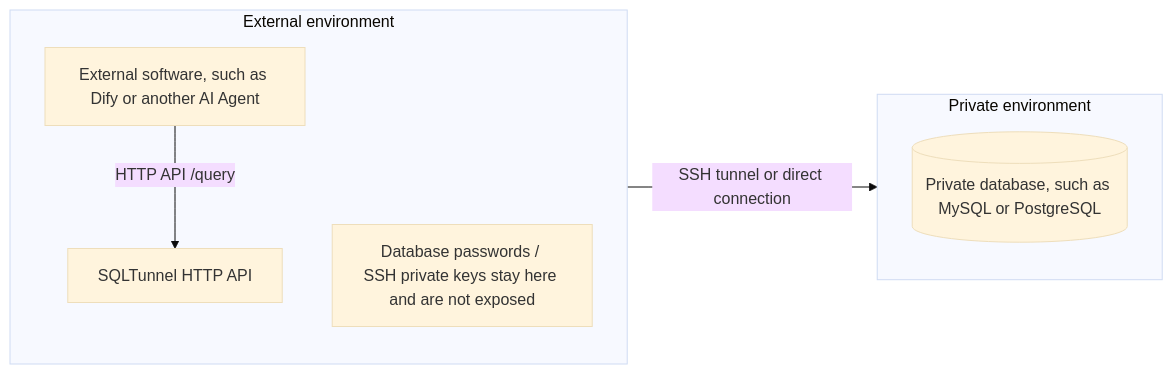
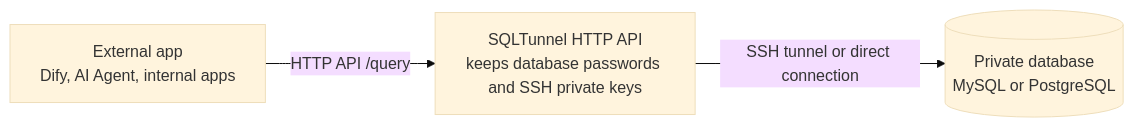
The diagram in README.md (NemoAlex/SQLTunnel), drawn with Mermaid (base theme) before and after one commit. The commit also changed 1 other file, not shown here.

Commit message:
Simplify README architecture diagram

````diff
--- a/README.md
+++ b/README.md
@@ -26,17 +26,9 @@
 ```mermaid
 flowchart LR
-  subgraph AppSide["External environment"]
-    direction TB
-    ExternalApp["External software, such as Dify or another AI Agent"]
-    SQLTunnel["SQLTunnel HTTP API"]
-    Secrets["Database passwords / SSH private keys stay here and are not exposed"]
-  end
-
-  subgraph Private["Private environment"]
-    direction TB
-    Database[("Private database, such as MySQL or PostgreSQL")]
-  end
+  ExternalApp["External app<br/>Dify, AI Agent, internal apps"]
+  SQLTunnel["SQLTunnel HTTP API<br/>keeps database passwords and SSH private keys"]
+  Database[("Private database<br/>MySQL or PostgreSQL")]
 
   ExternalApp -->|"HTTP API /query"| SQLTunnel
   SQLTunnel -->|"SSH tunnel or direct connection"| Database
 ```
````
